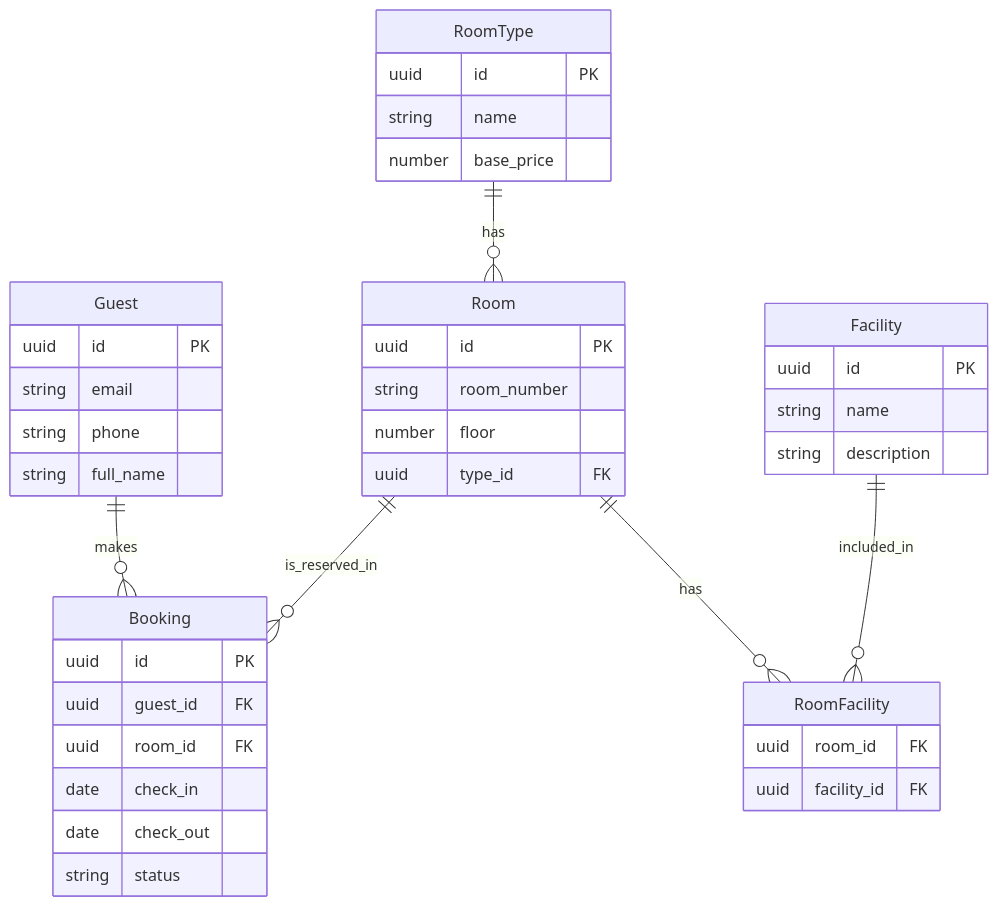
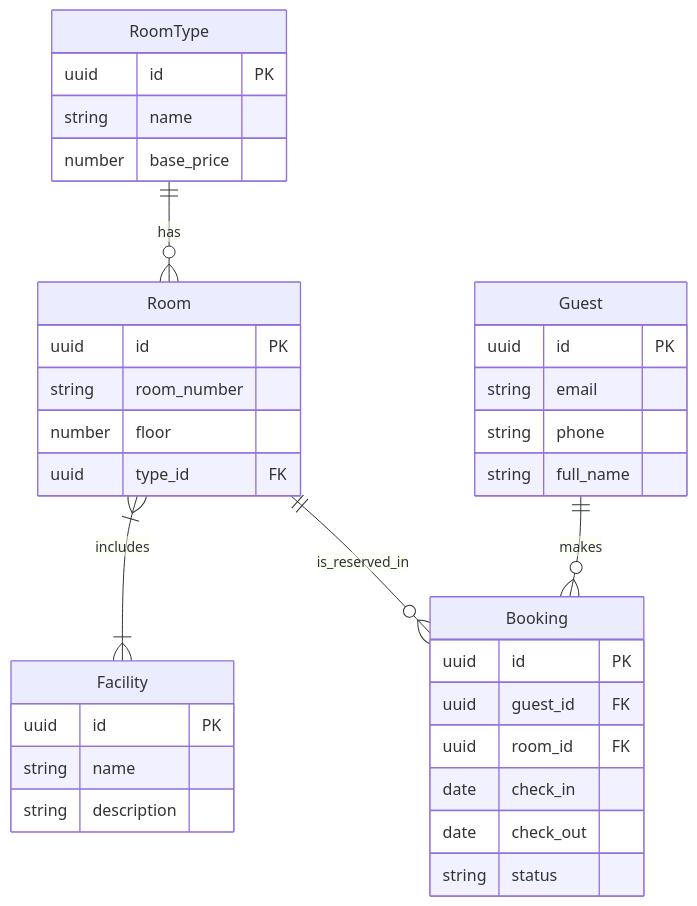
One commit to MrhyveR/Hotel-reservation-system changed the diagram in diagram.mermaid. Above: the diagram before and after it, drawn with Mermaid. The commit also changed 2 other files, not shown here.

```diff
--- a/diagram.mermaid
+++ b/diagram.mermaid
@@ -1,41 +1,36 @@
 erDiagram
     Guest {
         uuid id PK
         string email
         string phone
         string full_name
     }
     RoomType {
         uuid id PK
         string name
         number base_price
     }
     Room {
         uuid id PK
         string room_number
         number floor
         uuid type_id FK
     }
     Facility {
         uuid id PK
         string name
         string description
     }
-    RoomFacility {
-        uuid room_id FK
-        uuid facility_id FK
-    }
     Booking {
         uuid id PK
         uuid guest_id FK
         uuid room_id FK
         date check_in
         date check_out
         string status
     }
 
     RoomType ||--o{ Room : "has"
-    Room ||--o{ RoomFacility : "has"
-    Facility ||--o{ RoomFacility : "included_in"
+    Room }|--|{ Facility : "includes"
     Guest ||--o{ Booking : "makes"
     Room ||--o{ Booking : "is_reserved_in"
```
